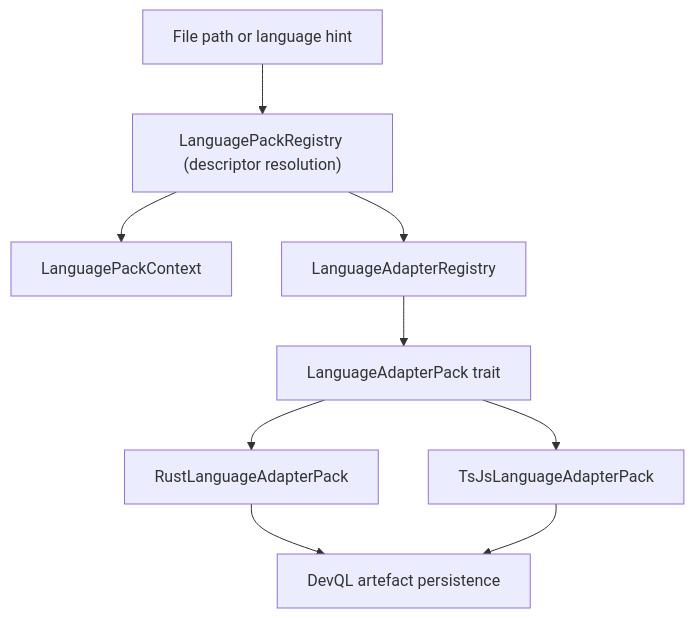
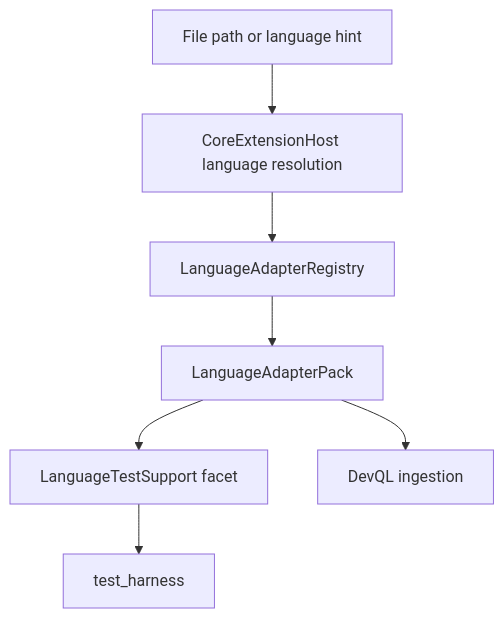
One commit to bitloops/bitloops changed the diagram in docs/layered-extension-architecture-language-adapters.md. Above: the diagram before and after it, drawn with Mermaid. The commit also changed other lines of this file and 55 other files, not shown here.

First line of the commit message:
Enhance test harness capabilities and update GraphQL schema

````diff
--- a/docs/layered-extension-architecture-language-adapters.md
+++ b/docs/layered-extension-architecture-language-adapters.md
@@ -20,20 +20,17 @@
 ```mermaid
 flowchart TD
     INPUT["File path or language hint"]
-    PACKREG["LanguagePackRegistry (descriptor resolution)"]
-    CTX["LanguagePackContext"]
-    ADAPTERREG["LanguageAdapterRegistry"]
-    TRAIT["LanguageAdapterPack trait"]
-    RUST["RustLanguageAdapterPack"]
-    TSJS["TsJsLanguageAdapterPack"]
-    PERSIST["DevQL artefact persistence"]
+    EXTHOST["CoreExtensionHost language resolution"]
+    REG["LanguageAdapterRegistry"]
+    PACK["LanguageAdapterPack"]
+    TEST["LanguageTestSupport facet"]
+    DEVQL["DevQL ingestion"]
+    HARNESS["test_harness"]
 
-    INPUT --> PACKREG
-    PACKREG --> CTX
-    PACKREG --> ADAPTERREG
-    ADAPTERREG --> TRAIT
-    TRAIT --> RUST
-    TRAIT --> TSJS
-    RUST --> PERSIST
-    TSJS --> PERSIST
+    INPUT --> EXTHOST
+    EXTHOST --> REG
+    REG --> PACK
+    PACK --> DEVQL
+    PACK --> TEST
+    TEST --> HARNESS
 ```
````
